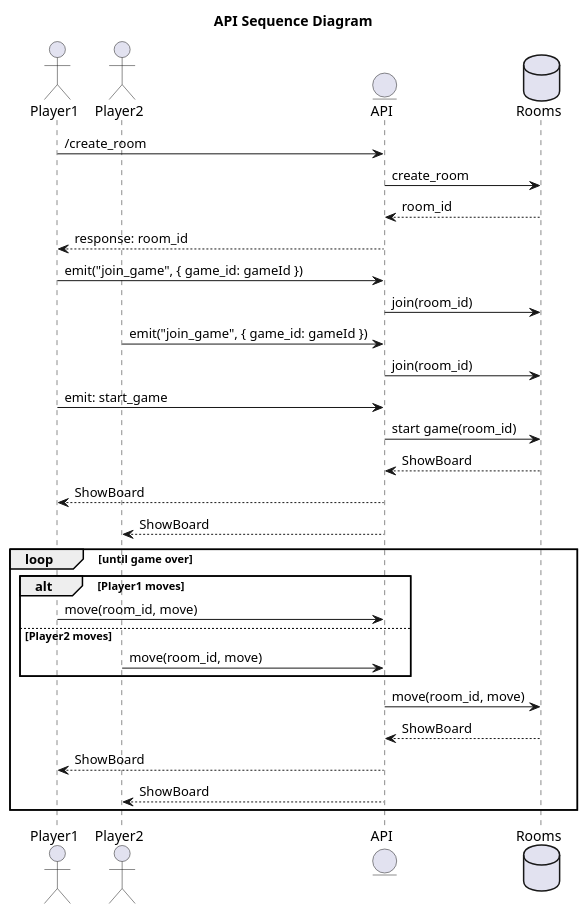
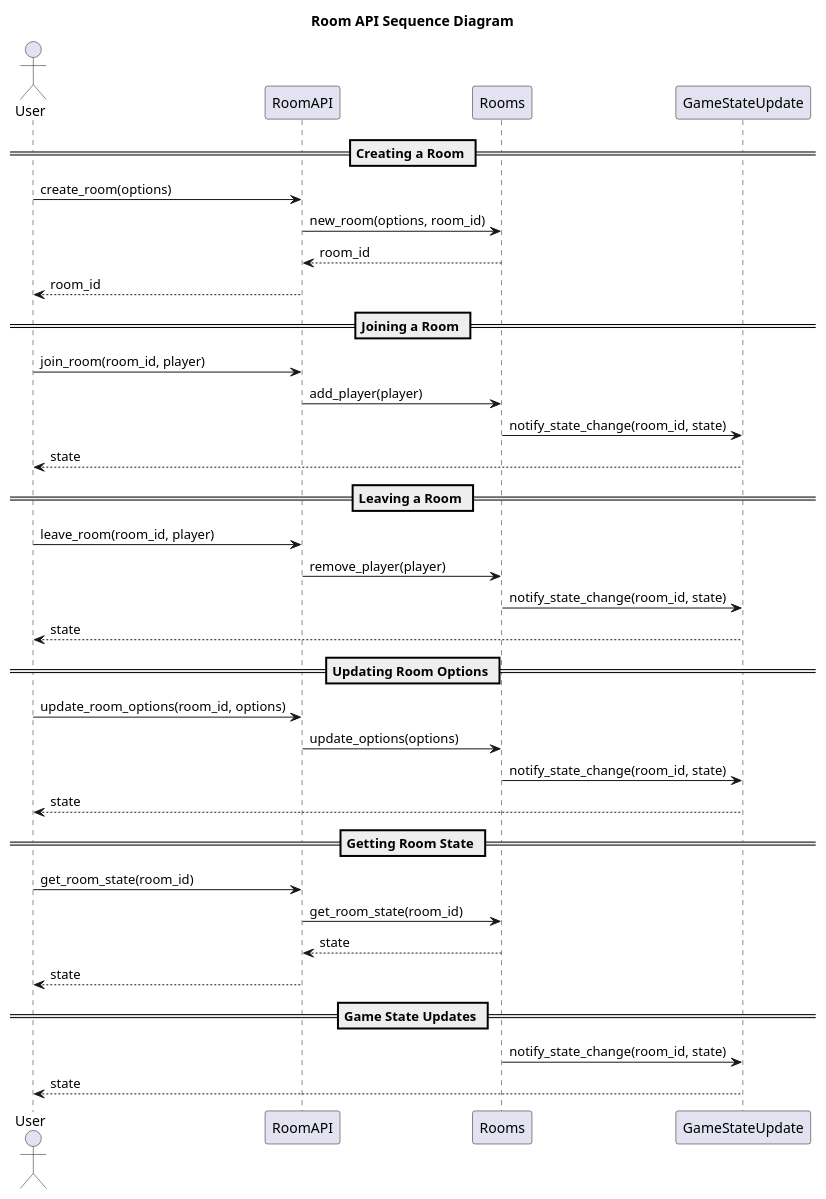
Before and after one commit to HampusSiik/minesweeper-with-friends: the diagram in doc/api-sequence-diagram.puml, drawn with PlantUML.

Commit message:
Update API sequence diagram to reflect new room management interactions and state updates

```diff
--- a/doc/api-sequence-diagram.puml
+++ b/doc/api-sequence-diagram.puml
@@ -1,35 +1,44 @@
-@startuml api
+@startuml api-sequence
 
-title API Sequence Diagram
+title Room API Sequence Diagram
 
-actor Player1 as P1
-actor Player2 as P2
-entity API as A
-database Rooms as R
+actor User
+participant "RoomAPI" as API
+participant "Rooms" as Room
+participant "GameStateUpdate" as Update
 
-P1 -> A: /create_room
-A -> R: create_room
-R --> A: room_id
-A --> P1: response: room_id
-P1 -> A: emit("join_game", { game_id: gameId })
-A -> R: join(room_id)
-P2 -> A: emit("join_game", { game_id: gameId })
-A -> R: join(room_id)
-P1 -> A: emit: start_game
-A -> R: start game(room_id)
-R --> A: ShowBoard
-A --> P1: ShowBoard
-A --> P2: ShowBoard
-loop until game over
-    alt Player1 moves
-        P1 -> A: move(room_id, move)
-    else Player2 moves
-        P2 -> A: move(room_id, move)
-    end
-    A -> R: move(room_id, move)
-    R --> A: ShowBoard
-    A --> P1: ShowBoard
-    A --> P2: ShowBoard
-end
+== Creating a Room ==
+User -> API: create_room(options)
+API -> Room: new_room(options, room_id)
+Room --> API: room_id
+API --> User: room_id
+
+== Joining a Room ==
+User -> API: join_room(room_id, player)
+API -> Room: add_player(player)
+Room -> Update: notify_state_change(room_id, state)
+Update --> User: state
+
+== Leaving a Room ==
+User -> API: leave_room(room_id, player)
+API -> Room: remove_player(player)
+Room -> Update: notify_state_change(room_id, state)
+Update --> User: state
+
+== Updating Room Options ==
+User -> API: update_room_options(room_id, options)
+API -> Room: update_options(options)
+Room -> Update: notify_state_change(room_id, state)
+Update --> User: state
+
+== Getting Room State ==
+User -> API: get_room_state(room_id)
+API -> Room: get_room_state(room_id)
+Room --> API: state
+API --> User: state
+
+== Game State Updates ==
+Room -> Update: notify_state_change(room_id, state)
+Update --> User: state
 
 @enduml
```
